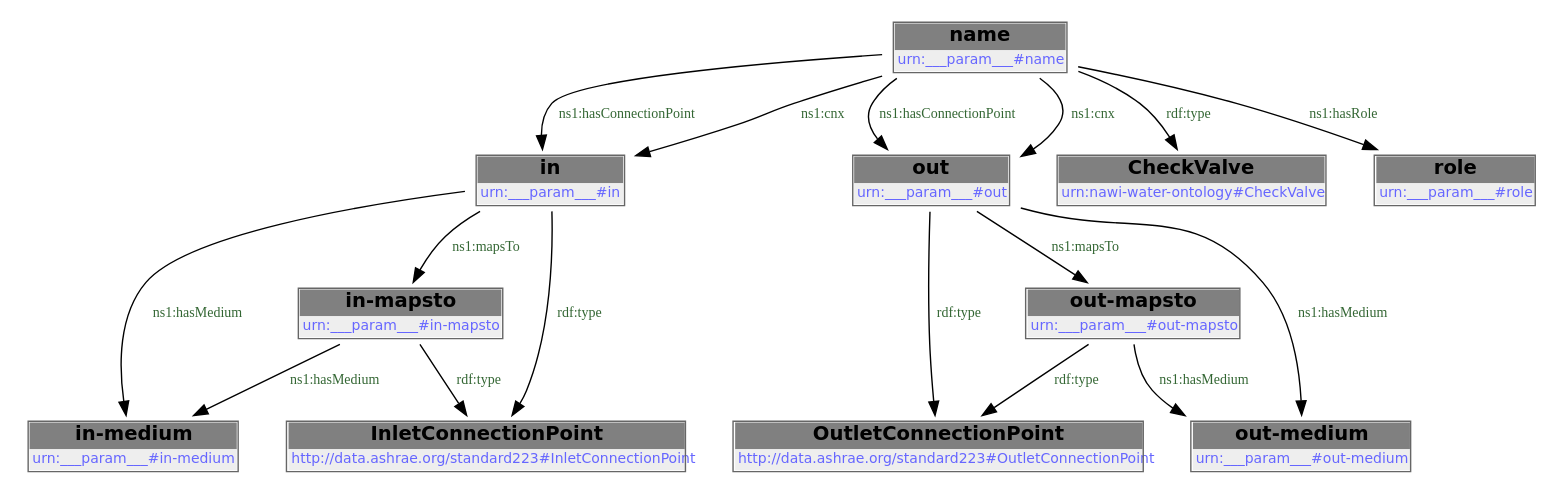
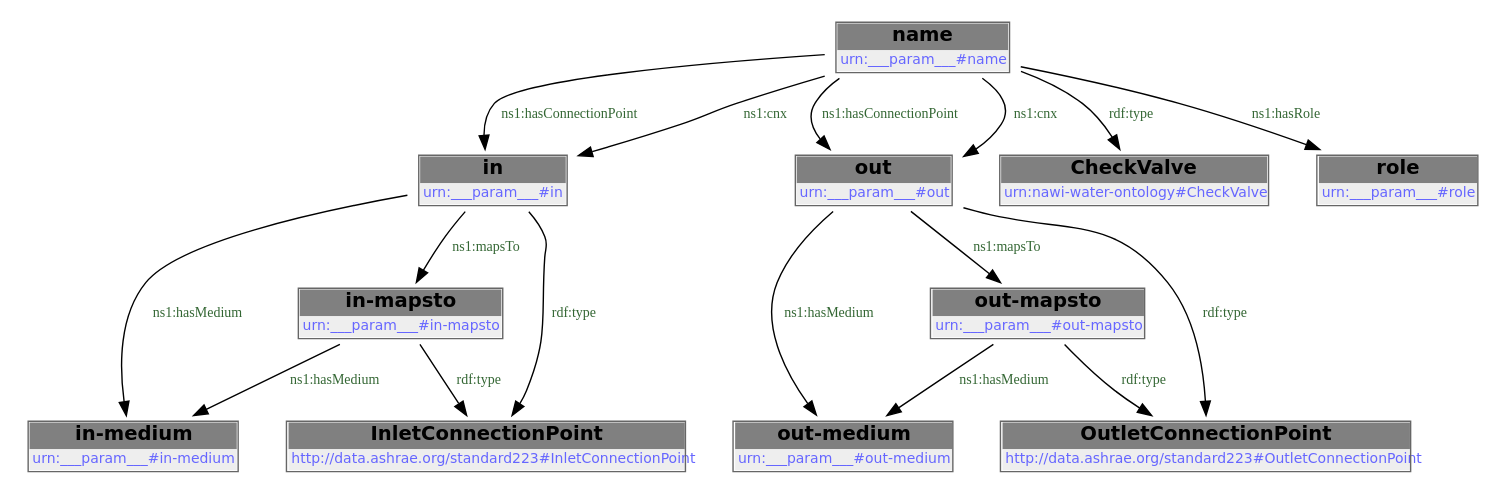
Before and after one commit to DataDrivenCPS/water-ontology: the second of 2 diagrams in docs/libraries/templates/check-valve.rst, drawn with Graphviz. The commit also changed 33 other files, not shown here.

```diff
--- a/docs/libraries/templates/check-valve.rst
+++ b/docs/libraries/templates/check-valve.rst
@@ -102,32 +102,32 @@
         .. graphviz::
 
                 digraph G {
             node [fontname="DejaVu Sans"];
-            node0 -> node1 [color=BLACK, label=< <font point-size='10' color='#336633'>rdf:type</font> >];
-            node2 -> node3 [color=BLACK, label=< <font point-size='10' color='#336633'>ns1:hasConnectionPoint</font> >];
-            node4 -> node5 [color=BLACK, label=< <font point-size='10' color='#336633'>ns1:hasMedium</font> >];
-            node4 -> node0 [color=BLACK, label=< <font point-size='10' color='#336633'>ns1:mapsTo</font> >];
-            node6 -> node7 [color=BLACK, label=< <font point-size='10' color='#336633'>ns1:hasMedium</font> >];
-            node0 -> node5 [color=BLACK, label=< <font point-size='10' color='#336633'>ns1:hasMedium</font> >];
-            node2 -> node3 [color=BLACK, label=< <font point-size='10' color='#336633'>ns1:cnx</font> >];
-            node2 -> node4 [color=BLACK, label=< <font point-size='10' color='#336633'>ns1:hasConnectionPoint</font> >];
-            node6 -> node8 [color=BLACK, label=< <font point-size='10' color='#336633'>rdf:type</font> >];
-            node2 -> node4 [color=BLACK, label=< <font point-size='10' color='#336633'>ns1:cnx</font> >];
-            node3 -> node7 [color=BLACK, label=< <font point-size='10' color='#336633'>ns1:hasMedium</font> >];
-            node3 -> node6 [color=BLACK, label=< <font point-size='10' color='#336633'>ns1:mapsTo</font> >];
+            node0 -> node1 [color=BLACK, label=< <font point-size='10' color='#336633'>ns1:hasConnectionPoint</font> >];
+            node1 -> node2 [color=BLACK, label=< <font point-size='10' color='#336633'>ns1:hasMedium</font> >];
+            node0 -> node3 [color=BLACK, label=< <font point-size='10' color='#336633'>ns1:hasConnectionPoint</font> >];
+            node4 -> node2 [color=BLACK, label=< <font point-size='10' color='#336633'>ns1:hasMedium</font> >];
+            node3 -> node5 [color=BLACK, label=< <font point-size='10' color='#336633'>ns1:hasMedium</font> >];
+            node0 -> node1 [color=BLACK, label=< <font point-size='10' color='#336633'>ns1:cnx</font> >];
+            node1 -> node6 [color=BLACK, label=< <font point-size='10' color='#336633'>rdf:type</font> >];
+            node0 -> node3 [color=BLACK, label=< <font point-size='10' color='#336633'>ns1:cnx</font> >];
+            node7 -> node8 [color=BLACK, label=< <font point-size='10' color='#336633'>rdf:type</font> >];
+            node4 -> node6 [color=BLACK, label=< <font point-size='10' color='#336633'>rdf:type</font> >];
+            node3 -> node7 [color=BLACK, label=< <font point-size='10' color='#336633'>ns1:mapsTo</font> >];
+            node0 -> node9 [color=BLACK, label=< <font point-size='10' color='#336633'>rdf:type</font> >];
             node3 -> node8 [color=BLACK, label=< <font point-size='10' color='#336633'>rdf:type</font> >];
-            node2 -> node9 [color=BLACK, label=< <font point-size='10' color='#336633'>rdf:type</font> >];
-            node4 -> node1 [color=BLACK, label=< <font point-size='10' color='#336633'>rdf:type</font> >];
-            node2 -> node10 [color=BLACK, label=< <font point-size='10' color='#336633'>ns1:hasRole</font> >];
-            node0 [shape=none, color=black, label=< <table color='#666666' cellborder='0' cellspacing='0' border='1'><tr><td colspan='2' bgcolor='grey'><B>out-mapsto</B></td></tr><tr><td href='urn:___param___#out-mapsto' bgcolor='#eeeeee' colspan='2'><font point-size='10' color='#6666ff'>urn:___param___#out-mapsto</font></td></tr></table> >];
-            node1 [shape=none, color=black, label=< <table color='#666666' cellborder='0' cellspacing='0' border='1'><tr><td colspan='2' bgcolor='grey'><B>OutletConnectionPoint</B></td></tr><tr><td href='http://data.ashrae.org/standard223#OutletConnectionPoint' bgcolor='#eeeeee' colspan='2'><font point-size='10' color='#6666ff'>http://data.ashrae.org/standard223#OutletConnectionPoint</font></td></tr></table> >];
-            node2 [shape=none, color=black, label=< <table color='#666666' cellborder='0' cellspacing='0' border='1'><tr><td colspan='2' bgcolor='grey'><B>name</B></td></tr><tr><td href='urn:___param___#name' bgcolor='#eeeeee' colspan='2'><font point-size='10' color='#6666ff'>urn:___param___#name</font></td></tr></table> >];
-            node3 [shape=none, color=black, label=< <table color='#666666' cellborder='0' cellspacing='0' border='1'><tr><td colspan='2' bgcolor='grey'><B>in</B></td></tr><tr><td href='urn:___param___#in' bgcolor='#eeeeee' colspan='2'><font point-size='10' color='#6666ff'>urn:___param___#in</font></td></tr></table> >];
-            node4 [shape=none, color=black, label=< <table color='#666666' cellborder='0' cellspacing='0' border='1'><tr><td colspan='2' bgcolor='grey'><B>out</B></td></tr><tr><td href='urn:___param___#out' bgcolor='#eeeeee' colspan='2'><font point-size='10' color='#6666ff'>urn:___param___#out</font></td></tr></table> >];
+            node7 -> node5 [color=BLACK, label=< <font point-size='10' color='#336633'>ns1:hasMedium</font> >];
+            node0 -> node10 [color=BLACK, label=< <font point-size='10' color='#336633'>ns1:hasRole</font> >];
+            node1 -> node4 [color=BLACK, label=< <font point-size='10' color='#336633'>ns1:mapsTo</font> >];
+            node0 [shape=none, color=black, label=< <table color='#666666' cellborder='0' cellspacing='0' border='1'><tr><td colspan='2' bgcolor='grey'><B>name</B></td></tr><tr><td href='urn:___param___#name' bgcolor='#eeeeee' colspan='2'><font point-size='10' color='#6666ff'>urn:___param___#name</font></td></tr></table> >];
+            node1 [shape=none, color=black, label=< <table color='#666666' cellborder='0' cellspacing='0' border='1'><tr><td colspan='2' bgcolor='grey'><B>in</B></td></tr><tr><td href='urn:___param___#in' bgcolor='#eeeeee' colspan='2'><font point-size='10' color='#6666ff'>urn:___param___#in</font></td></tr></table> >];
+            node2 [shape=none, color=black, label=< <table color='#666666' cellborder='0' cellspacing='0' border='1'><tr><td colspan='2' bgcolor='grey'><B>in-medium</B></td></tr><tr><td href='urn:___param___#in-medium' bgcolor='#eeeeee' colspan='2'><font point-size='10' color='#6666ff'>urn:___param___#in-medium</font></td></tr></table> >];
+            node3 [shape=none, color=black, label=< <table color='#666666' cellborder='0' cellspacing='0' border='1'><tr><td colspan='2' bgcolor='grey'><B>out</B></td></tr><tr><td href='urn:___param___#out' bgcolor='#eeeeee' colspan='2'><font point-size='10' color='#6666ff'>urn:___param___#out</font></td></tr></table> >];
+            node4 [shape=none, color=black, label=< <table color='#666666' cellborder='0' cellspacing='0' border='1'><tr><td colspan='2' bgcolor='grey'><B>in-mapsto</B></td></tr><tr><td href='urn:___param___#in-mapsto' bgcolor='#eeeeee' colspan='2'><font point-size='10' color='#6666ff'>urn:___param___#in-mapsto</font></td></tr></table> >];
             node5 [shape=none, color=black, label=< <table color='#666666' cellborder='0' cellspacing='0' border='1'><tr><td colspan='2' bgcolor='grey'><B>out-medium</B></td></tr><tr><td href='urn:___param___#out-medium' bgcolor='#eeeeee' colspan='2'><font point-size='10' color='#6666ff'>urn:___param___#out-medium</font></td></tr></table> >];
-            node6 [shape=none, color=black, label=< <table color='#666666' cellborder='0' cellspacing='0' border='1'><tr><td colspan='2' bgcolor='grey'><B>in-mapsto</B></td></tr><tr><td href='urn:___param___#in-mapsto' bgcolor='#eeeeee' colspan='2'><font point-size='10' color='#6666ff'>urn:___param___#in-mapsto</font></td></tr></table> >];
-            node7 [shape=none, color=black, label=< <table color='#666666' cellborder='0' cellspacing='0' border='1'><tr><td colspan='2' bgcolor='grey'><B>in-medium</B></td></tr><tr><td href='urn:___param___#in-medium' bgcolor='#eeeeee' colspan='2'><font point-size='10' color='#6666ff'>urn:___param___#in-medium</font></td></tr></table> >];
-            node8 [shape=none, color=black, label=< <table color='#666666' cellborder='0' cellspacing='0' border='1'><tr><td colspan='2' bgcolor='grey'><B>InletConnectionPoint</B></td></tr><tr><td href='http://data.ashrae.org/standard223#InletConnectionPoint' bgcolor='#eeeeee' colspan='2'><font point-size='10' color='#6666ff'>http://data.ashrae.org/standard223#InletConnectionPoint</font></td></tr></table> >];
+            node6 [shape=none, color=black, label=< <table color='#666666' cellborder='0' cellspacing='0' border='1'><tr><td colspan='2' bgcolor='grey'><B>InletConnectionPoint</B></td></tr><tr><td href='http://data.ashrae.org/standard223#InletConnectionPoint' bgcolor='#eeeeee' colspan='2'><font point-size='10' color='#6666ff'>http://data.ashrae.org/standard223#InletConnectionPoint</font></td></tr></table> >];
+            node7 [shape=none, color=black, label=< <table color='#666666' cellborder='0' cellspacing='0' border='1'><tr><td colspan='2' bgcolor='grey'><B>out-mapsto</B></td></tr><tr><td href='urn:___param___#out-mapsto' bgcolor='#eeeeee' colspan='2'><font point-size='10' color='#6666ff'>urn:___param___#out-mapsto</font></td></tr></table> >];
+            node8 [shape=none, color=black, label=< <table color='#666666' cellborder='0' cellspacing='0' border='1'><tr><td colspan='2' bgcolor='grey'><B>OutletConnectionPoint</B></td></tr><tr><td href='http://data.ashrae.org/standard223#OutletConnectionPoint' bgcolor='#eeeeee' colspan='2'><font point-size='10' color='#6666ff'>http://data.ashrae.org/standard223#OutletConnectionPoint</font></td></tr></table> >];
             node9 [shape=none, color=black, label=< <table color='#666666' cellborder='0' cellspacing='0' border='1'><tr><td colspan='2' bgcolor='grey'><B>CheckValve</B></td></tr><tr><td href='urn:nawi-water-ontology#CheckValve' bgcolor='#eeeeee' colspan='2'><font point-size='10' color='#6666ff'>urn:nawi-water-ontology#CheckValve</font></td></tr></table> >];
             node10 [shape=none, color=black, label=< <table color='#666666' cellborder='0' cellspacing='0' border='1'><tr><td colspan='2' bgcolor='grey'><B>role</B></td></tr><tr><td href='urn:___param___#role' bgcolor='#eeeeee' colspan='2'><font point-size='10' color='#6666ff'>urn:___param___#role</font></td></tr></table> >];
             }
```
